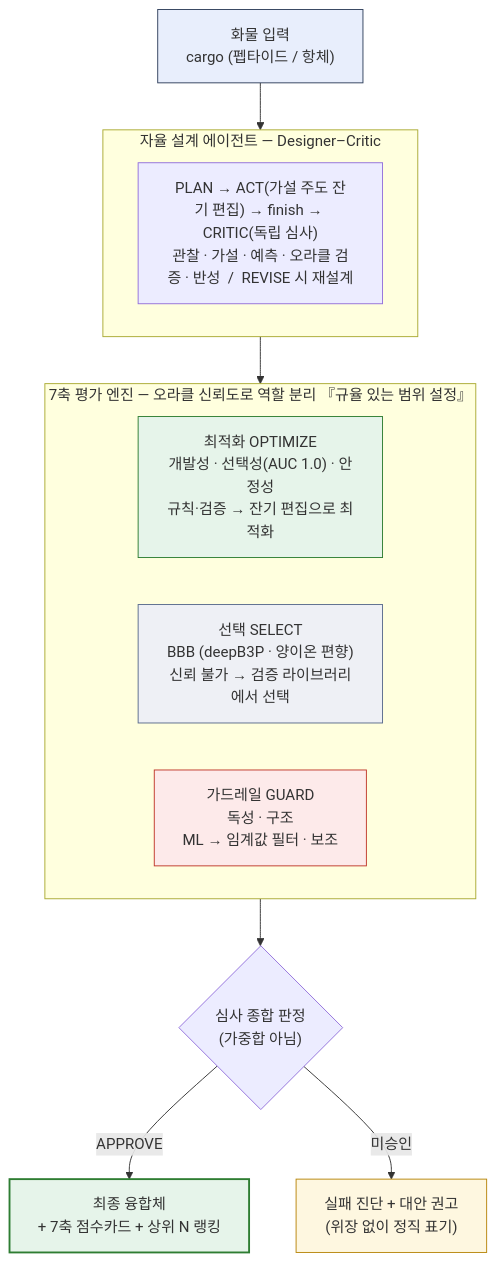
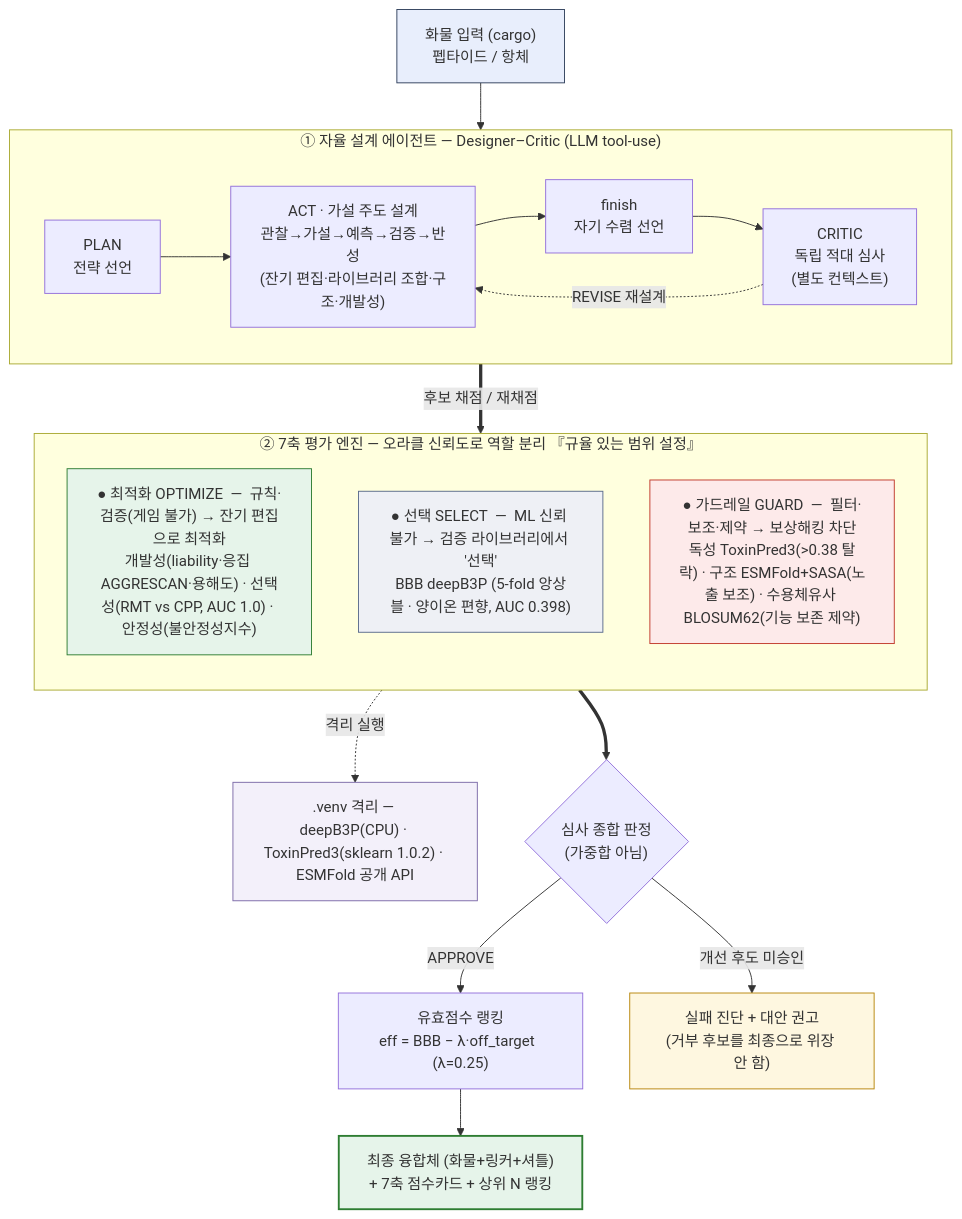
One commit to yunseul6028/BBB-Optimizer changed the first of 9 diagrams in 아키텍처.md. Above: the diagram before and after it, drawn with Mermaid.

Commit message:
docs(아키텍처): 대표 도면 상세화 — 에이전트 루프 전개 + 7축 명시 + 유효점수·격리
§0 대표 아키텍처를 한 장 유지하되 더 자세히:
- 에이전트 루프 전개(PLAN→ACT(가설주도)→finish→CRITIC, REVISE 백에지)
- 7축 전부 명시(역할별): OPTIMIZE(개발성·선택성·안정성)/SELECT(BBB)/GUARD(독성·구조·수용체유사)
- 유효점수 랭킹(eff=BBB−λ·off_target) + 격리 venv + 3갈래 산출

````diff
--- a/아키텍처.md
+++ b/아키텍처.md
@@ -17,28 +17,35 @@
 ```mermaid
 flowchart TB
-  IN["화물 입력<br/>cargo (펩타이드 / 항체)"]:::io --> AG
+  IN["화물 입력 (cargo)<br/>펩타이드 / 항체"]:::io --> PLAN
 
-  subgraph AG["자율 설계 에이전트 — Designer–Critic"]
-    LOOP["PLAN → ACT(가설 주도 잔기 편집) → finish → CRITIC(독립 심사)<br/>관찰 · 가설 · 예측 · 오라클 검증 · 반성  /  REVISE 시 재설계"]
+  subgraph AG["① 자율 설계 에이전트 — Designer–Critic (LLM tool-use)"]
+    direction LR
+    PLAN["PLAN<br/>전략 선언"] --> ACT["ACT · 가설 주도 설계<br/>관찰→가설→예측→검증→반성<br/>(잔기 편집·라이브러리 조합·구조·개발성)"]
+    ACT --> FIN["finish<br/>자기 수렴 선언"]
+    FIN --> CR["CRITIC<br/>독립 적대 심사<br/>(별도 컨텍스트)"]
+    CR -.->|REVISE 재설계| ACT
   end
 
-  AG --> ENG
+  ACT ==>|"후보 채점 / 재채점"| ENG
 
-  subgraph ENG["7축 평가 엔진 — 오라클 신뢰도로 역할 분리 『규율 있는 범위 설정』"]
-    direction LR
-    OPT["최적화 OPTIMIZE<br/>개발성 · 선택성(AUC 1.0) · 안정성<br/>규칙·검증 → 잔기 편집으로 최적화"]:::opt
-    SEL["선택 SELECT<br/>BBB (deepB3P · 양이온 편향)<br/>신뢰 불가 → 검증 라이브러리에서 선택"]:::sel
-    GRD["가드레일 GUARD<br/>독성 · 구조<br/>ML → 임계값 필터 · 보조"]:::grd
+  subgraph ENG["② 7축 평가 엔진 — 오라클 신뢰도로 역할 분리 『규율 있는 범위 설정』"]
+    direction TB
+    OPT["● 최적화 OPTIMIZE  —  규칙·검증(게임 불가) → 잔기 편집으로 최적화<br/>개발성(liability·응집 AGGRESCAN·용해도) · 선택성(RMT vs CPP, AUC 1.0) · 안정성(불안정성지수)"]:::opt
+    SEL["● 선택 SELECT  —  ML 신뢰 불가 → 검증 라이브러리에서 '선택'<br/>BBB deepB3P (5-fold 앙상블 · 양이온 편향, AUC 0.398)"]:::sel
+    GRD["● 가드레일 GUARD  —  필터·보조·제약 → 보상해킹 차단<br/>독성 ToxinPred3(&gt;0.38 탈락) · 구조 ESMFold+SASA(노출 보조) · 수용체유사 BLOSUM62(기능 보존 제약)"]:::grd
   end
 
-  ENG --> J{"심사 종합 판정<br/>(가중합 아님)"}
-  J -->|APPROVE| R["최종 융합체<br/>+ 7축 점수카드 + 상위 N 랭킹"]:::ok
-  J -->|미승인| F["실패 진단 + 대안 권고<br/>(위장 없이 정직 표기)"]:::warn
+  ENG -.->|"격리 실행"| VENV[".venv 격리 — deepB3P(CPU) · ToxinPred3(sklearn 1.0.2) · ESMFold 공개 API"]:::venv
+
+  ENG ==> J{"심사 종합 판정<br/>(가중합 아님)"}
+  J -->|APPROVE| RK["유효점수 랭킹<br/>eff = BBB − λ·off_target  (λ=0.25)"] --> OUT["최종 융합체 (화물+링커+셔틀)<br/>+ 7축 점수카드 + 상위 N 랭킹"]:::ok
+  J -->|"개선 후도 미승인"| F["실패 진단 + 대안 권고<br/>(거부 후보를 최종으로 위장 안 함)"]:::warn
 
   classDef io fill:#e8eefc,stroke:#30405c;
   classDef opt fill:#e6f4ea,stroke:#2e7d32;
   classDef sel fill:#eef0f5,stroke:#5a6b8c;
   classDef grd fill:#fdeaea,stroke:#c0392b;
   classDef ok fill:#e6f4ea,stroke:#2e7d32,stroke-width:2px;
   classDef warn fill:#fef7e0,stroke:#b8860b;
+  classDef venv fill:#f3f0fa,stroke:#7c6aa8;
 ```
````
